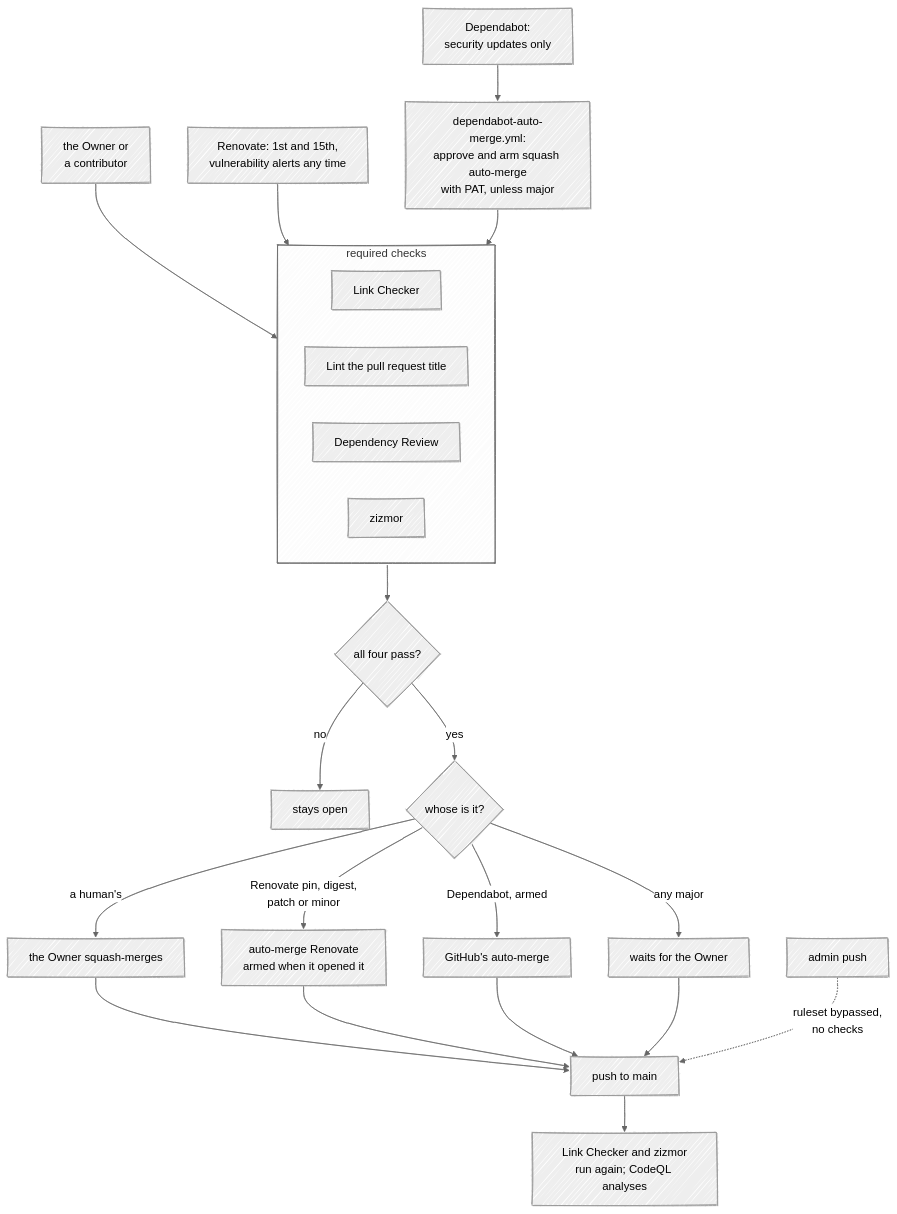
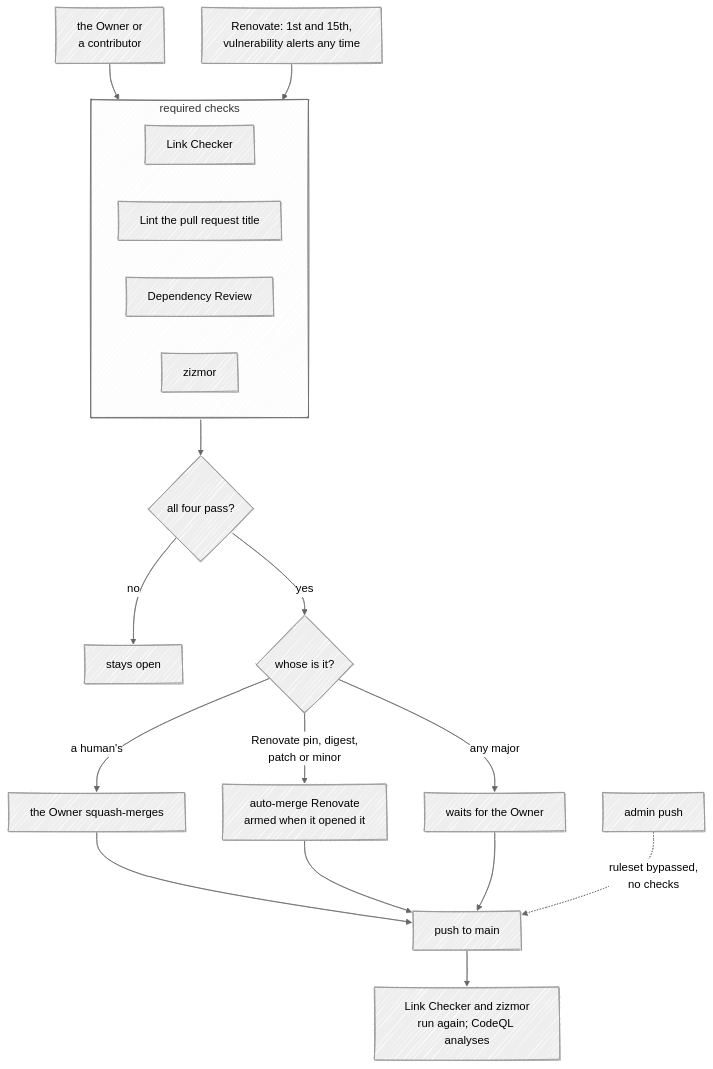
One commit to fbuireu/email-signature changed the second of 3 diagrams in ARCHITECTURE.md. Above: the diagram before and after it, drawn with Mermaid (neutral theme). The commit also changed other lines of this file and 3 other files, not shown here.

First line of the commit message:
ci: remove the Dependabot auto-merge, now that Dependabot opens no pull requests

````diff
--- a/ARCHITECTURE.md
+++ b/ARCHITECTURE.md
@@ -191,31 +190,27 @@
 ```mermaid
 ---
 config:
   look: handDrawn
   layout: dagre
 ---
 flowchart TD
     human["the Owner or<br/>a contributor"] --> required
     renovate["Renovate: 1st and 15th,<br/>vulnerability alerts any time"] --> required
-    dependabot["Dependabot:<br/>security updates only"] --> armer["dependabot-auto-merge.yml:<br/>approve and arm squash auto-merge<br/>with PAT, unless major"]
-    armer --> required
     subgraph required["required checks"]
         lc["Link Checker"]
         lint["Lint the pull request title"]
         dr["Dependency Review"]
         zz["zizmor"]
     end
     required --> green{"all four pass?"}
     green -->|no| open["stays open"]
     green -->|yes| who{"whose is it?"}
     who -->|"a human's"| owner["the Owner squash-merges"]
     who -->|"Renovate pin, digest,<br/>patch or minor"| renmerge["auto-merge Renovate<br/>armed when it opened it"]
-    who -->|"Dependabot, armed"| ghmerge["GitHub's auto-merge"]
     who -->|"any major"| majorwait["waits for the Owner"]
     owner --> main["push to main"]
     renmerge --> main
-    ghmerge --> main
     majorwait --> main
     admin["admin push"] -.->|"ruleset bypassed,<br/>no checks"| main
     main --> post["Link Checker and zizmor<br/>run again; CodeQL analyses"]
 ```
````
